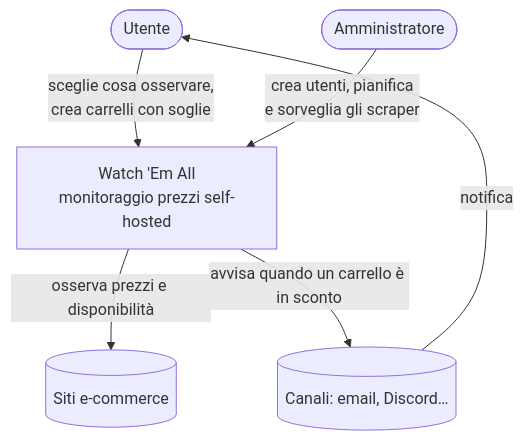
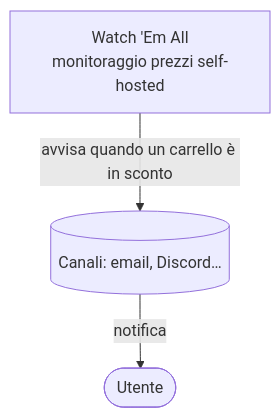
The first of 2 diagrams in docs-ita/1-business/product-overview.md (caporalesimone/watch-em-all), drawn with Mermaid before and after one commit. The commit also changed other lines of this file and 11 other files, not shown here.

````diff
--- a/docs-ita/1-business/product-overview.md
+++ b/docs-ita/1-business/product-overview.md
@@ -19,9 +17,6 @@
 ```mermaid
 flowchart TB
-    UTENTE([Utente]) -->|sceglie cosa osservare,<br/>crea carrelli con soglie| WEA
-    ADMIN([Amministratore]) -->|crea utenti, pianifica<br/>e sorveglia gli scraper| WEA
     WEA["Watch 'Em All<br/>monitoraggio prezzi self-hosted"]
-    WEA -->|osserva prezzi e disponibilità| SITI[(Siti e-commerce)]
     WEA -->|avvisa quando un carrello è in sconto| CANALI[(Canali: email, Discord…)]
-    CANALI -->|notifica| UTENTE
+    CANALI -->|notifica| UTENTE([Utente])
 ```
````
